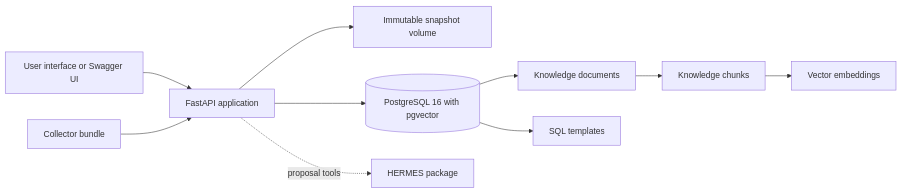
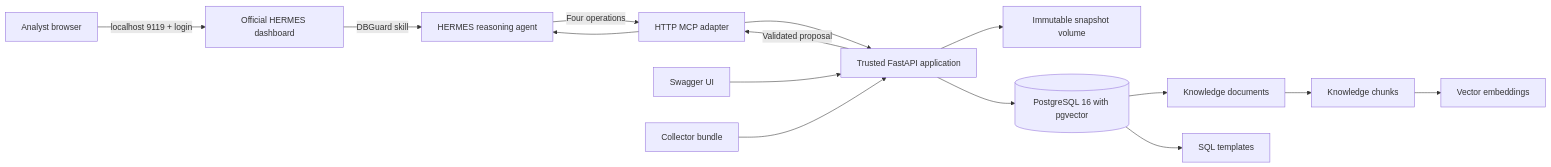
Before and after one commit to xylonc/DBGuard_AI: the second of 5 diagrams in ARCHITECTURE.md, drawn with Mermaid. The commit also changed other lines of this file and 21 other files, not shown here.

````diff
--- a/ARCHITECTURE.md
+++ b/ARCHITECTURE.md
@@ -44,12 +45,17 @@
 ```mermaid
 flowchart LR
-    U[User interface or Swagger UI] --> API[FastAPI application]
+    U[Analyst browser] -->|localhost 9119 + login| HER[Official HERMES dashboard]
+    HER -->|DBGuard skill| AG[HERMES reasoning agent]
+    AG -->|Four operations| MCP[HTTP MCP adapter]
+    MCP --> API[Trusted FastAPI application]
+    SW[Swagger UI] --> API
     COL[Collector bundle] --> API
     API --> SNAP[Immutable snapshot volume]
     API --> DB[(PostgreSQL 16 with pgvector)]
     DB --> DOC[Knowledge documents]
     DOC --> CHUNK[Knowledge chunks]
     CHUNK --> EMB[Vector embeddings]
     DB --> TPL[SQL templates]
-    API -. proposal tools .-> HER[HERMES package]
+    API -->|Validated proposal| MCP
+    MCP --> AG
 ```
````
